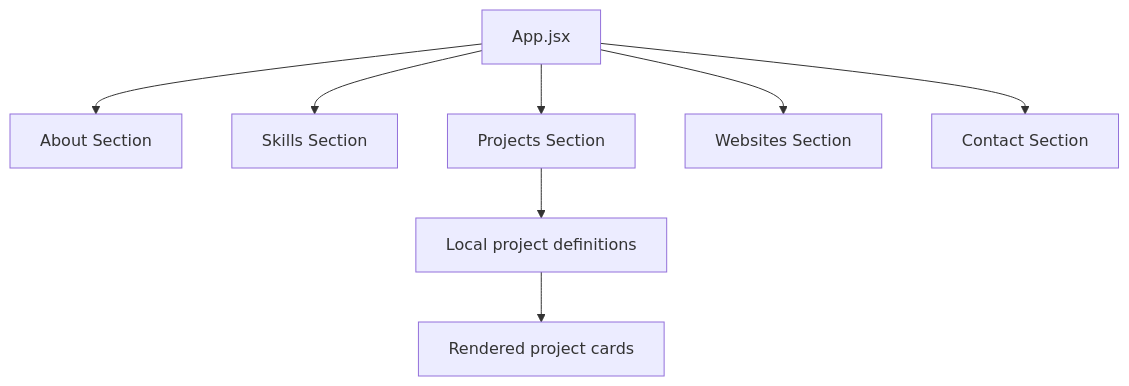
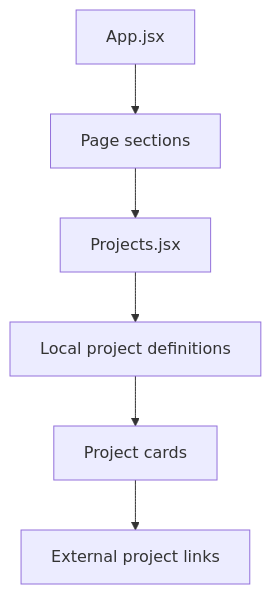
One commit to HidayahMF/Portofolio-2025 changed the second of 6 diagrams in docs/development-pipeline.md. Above: the diagram before and after it, drawn with Mermaid. The commit also changed other lines of this file, not shown here.

````diff
--- a/docs/development-pipeline.md
+++ b/docs/development-pipeline.md
@@ -23,10 +42,8 @@
 ```mermaid
 flowchart TD
-    APP[App.jsx] --> ABOUT[About Section]
-    APP --> SKILLS[Skills Section]
-    APP --> PROJECTS[Projects Section]
-    APP --> WEBSITES[Websites Section]
-    APP --> CONTACT[Contact Section]
+    APP[App.jsx] --> SECTIONS[Page sections]
+    SECTIONS --> PROJECTS[Projects.jsx]
     PROJECTS --> DATA[Local project definitions]
-    DATA --> CARDS[Rendered project cards]
+    DATA --> CARD[Project cards]
+    CARD --> LINKS[External project links]
 ```
````
